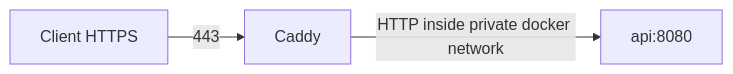
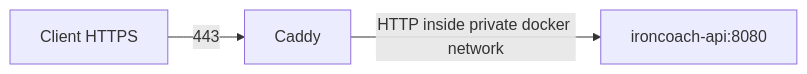
The third of 4 diagrams in docs/hosting-oracle-from-zero.md (vaibhav07351/ironcoach), drawn with Mermaid before and after one commit. The commit also changed other lines of this file and 7 other files, not shown here.

````diff
--- a/docs/hosting-oracle-from-zero.md
+++ b/docs/hosting-oracle-from-zero.md
@@ -303,5 +303,5 @@
 ```mermaid
 flowchart LR
   Client[Client HTTPS] -->|443| Caddy
-  Caddy -->|HTTP inside private docker network| API[api:8080]
+  Caddy -->|HTTP inside private docker network| API[ironcoach-api:8080]
 ```
````
